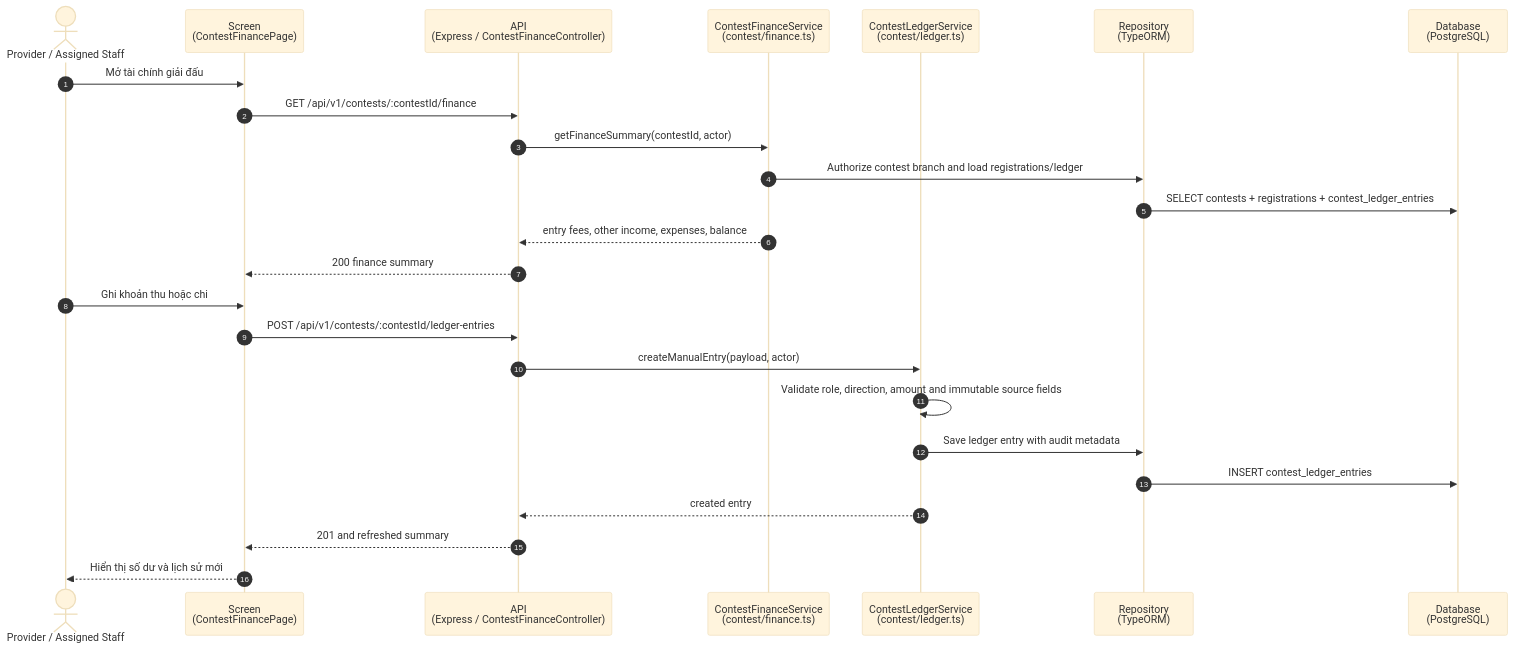
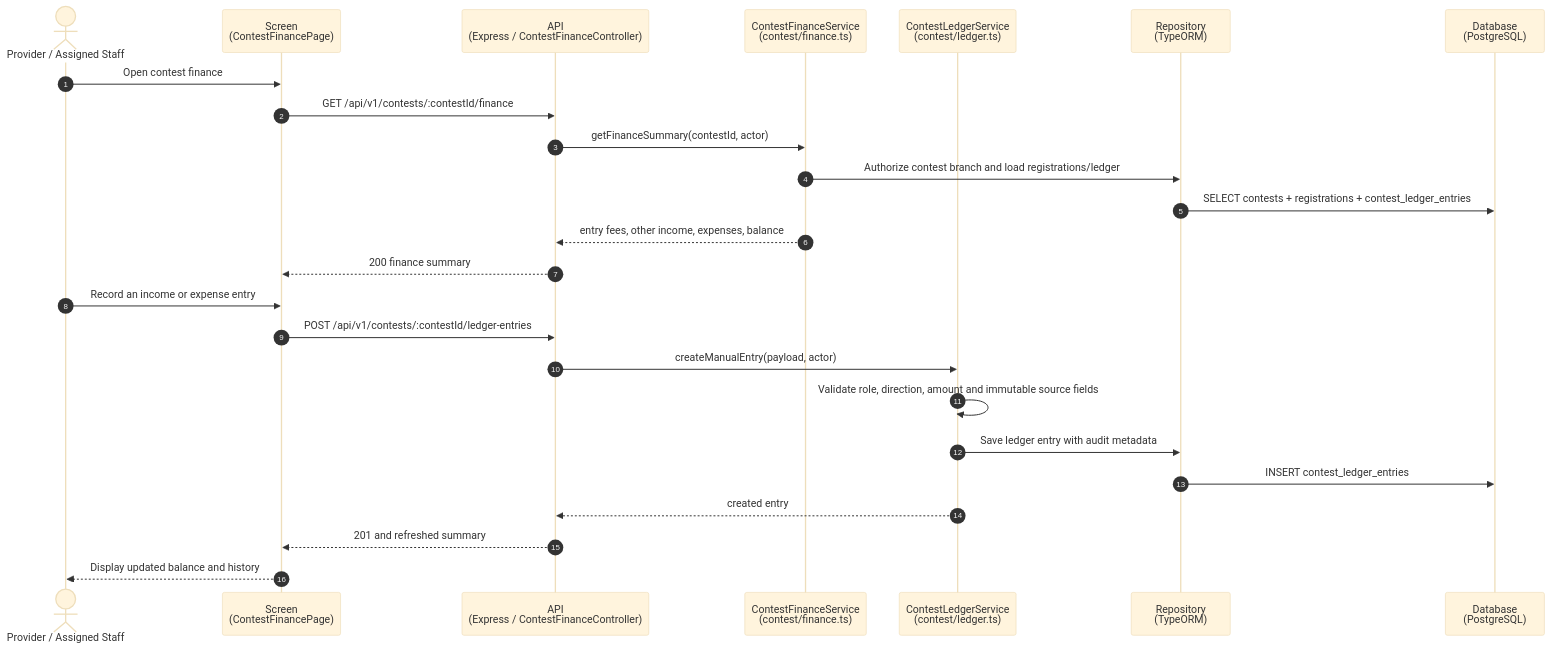
Before and after one commit to tomishere0712/rcfield-platform: the third of 6 diagrams in docs/diagrams/sequence/sequence-flow-2026-08-finance-and-operations.md, drawn with Mermaid (base theme). The commit also changed other lines of this file and 21 other files, not shown here.

````diff
--- a/docs/diagrams/sequence/sequence-flow-2026-08-finance-and-operations.md
+++ b/docs/diagrams/sequence/sequence-flow-2026-08-finance-and-operations.md
@@ -94,28 +94,28 @@
 ```mermaid
 sequenceDiagram
     autonumber
     actor U as Provider / Assigned Staff
     participant FE as Screen<br/>(ContestFinancePage)
     participant API as API<br/>(Express / ContestFinanceController)
     participant FS as ContestFinanceService<br/>(contest/finance.ts)
     participant LS as ContestLedgerService<br/>(contest/ledger.ts)
     participant Repo as Repository<br/>(TypeORM)
     participant DB as Database<br/>(PostgreSQL)
 
-    U->>FE: Mở tài chính giải đấu
+    U->>FE: Open contest finance
     FE->>API: GET /api/v1/contests/:contestId/finance
     API->>FS: getFinanceSummary(contestId, actor)
     FS->>Repo: Authorize contest branch and load registrations/ledger
     Repo->>DB: SELECT contests + registrations + contest_ledger_entries
     FS-->>API: entry fees, other income, expenses, balance
     API-->>FE: 200 finance summary
-    U->>FE: Ghi khoản thu hoặc chi
+    U->>FE: Record an income or expense entry
     FE->>API: POST /api/v1/contests/:contestId/ledger-entries
     API->>LS: createManualEntry(payload, actor)
     LS->>LS: Validate role, direction, amount and immutable source fields
     LS->>Repo: Save ledger entry with audit metadata
     Repo->>DB: INSERT contest_ledger_entries
     LS-->>API: created entry
     API-->>FE: 201 and refreshed summary
-    FE-->>U: Hiển thị số dư và lịch sử mới
+    FE-->>U: Display updated balance and history
 ```
````
